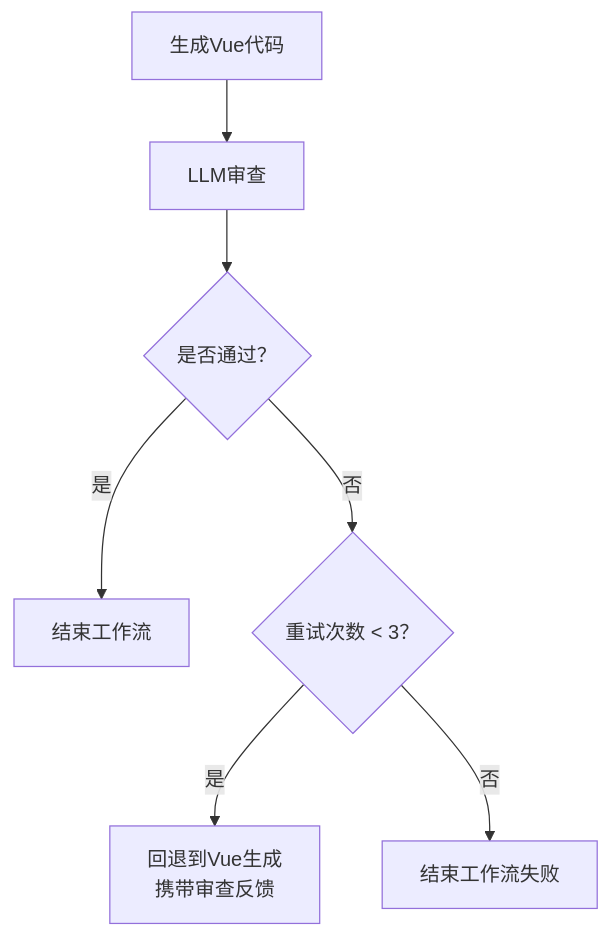
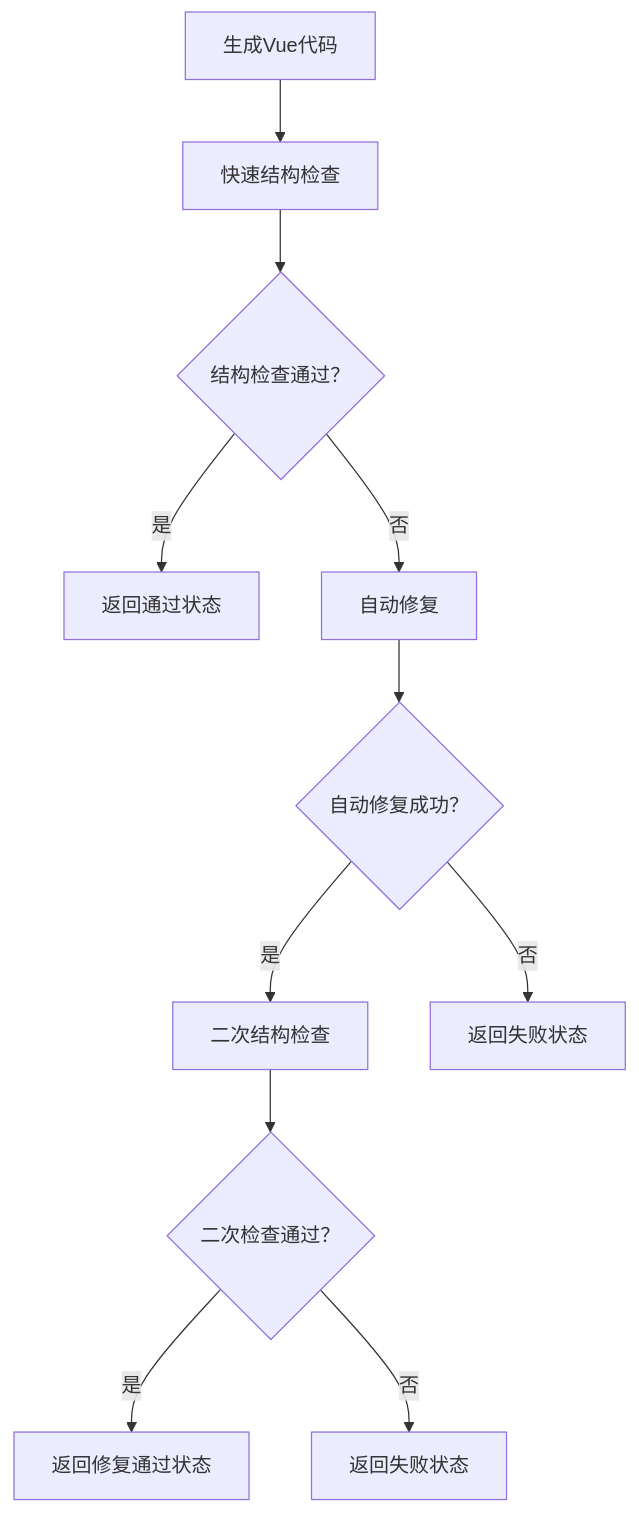
One commit to CyanYuKi/WebSiteFrontendCodeMother changed the sixth of 6 diagrams in .qoder/repowiki/zh/content/AI工作流系统/AI节点分析/代码审查节点.md. Above: the diagram before and after it, drawn with Mermaid. The commit also changed other lines of this file and 21 other files, not shown here.

````diff
--- a/.qoder/repowiki/zh/content/AI工作流系统/AI节点分析/代码审查节点.md
+++ b/.qoder/repowiki/zh/content/AI工作流系统/AI节点分析/代码审查节点.md
@@ -355,9 +438,13 @@
 ```mermaid
 flowchart TD
-A["生成Vue代码"] --> B["LLM审查"]
-B --> C{"是否通过？"}
-C --> |是| D["结束工作流"]
-C --> |否| E{"重试次数 < 3？"}
-E --> |是| F["回退到Vue生成<br/>携带审查反馈"]
-E --> |否| G["结束工作流失败"]
+A["生成Vue代码"] --> B["快速结构检查"]
+B --> C{"结构检查通过？"}
+C --> |是| D["返回通过状态"]
+C --> |否| E["自动修复"]
+E --> F{"自动修复成功？"}
+F --> |是| G["二次结构检查"]
+G --> H{"二次检查通过？"}
+H --> |是| I["返回修复通过状态"]
+H --> |否| J["返回失败状态"]
+F --> |否| K["返回失败状态"]
 ```
````
